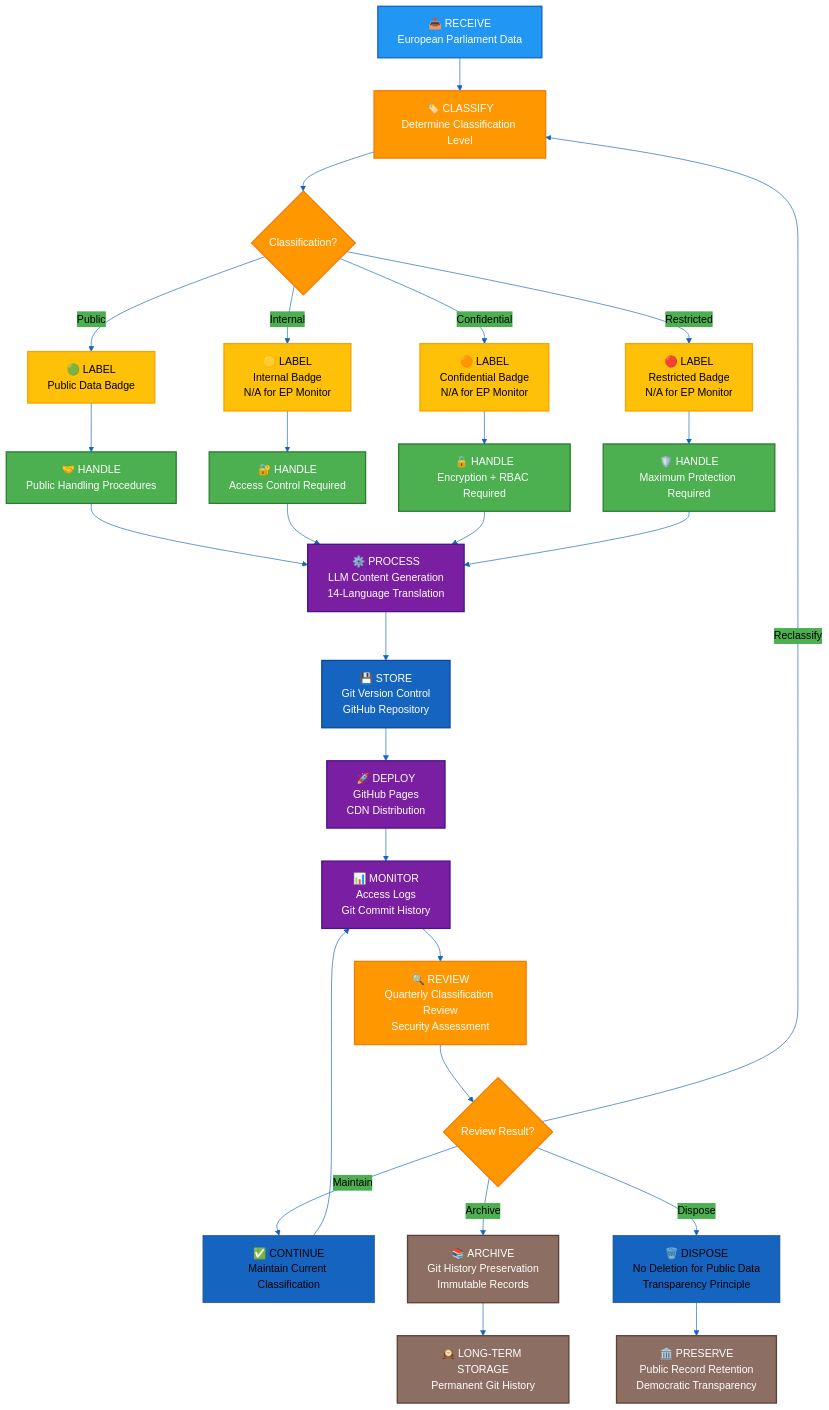
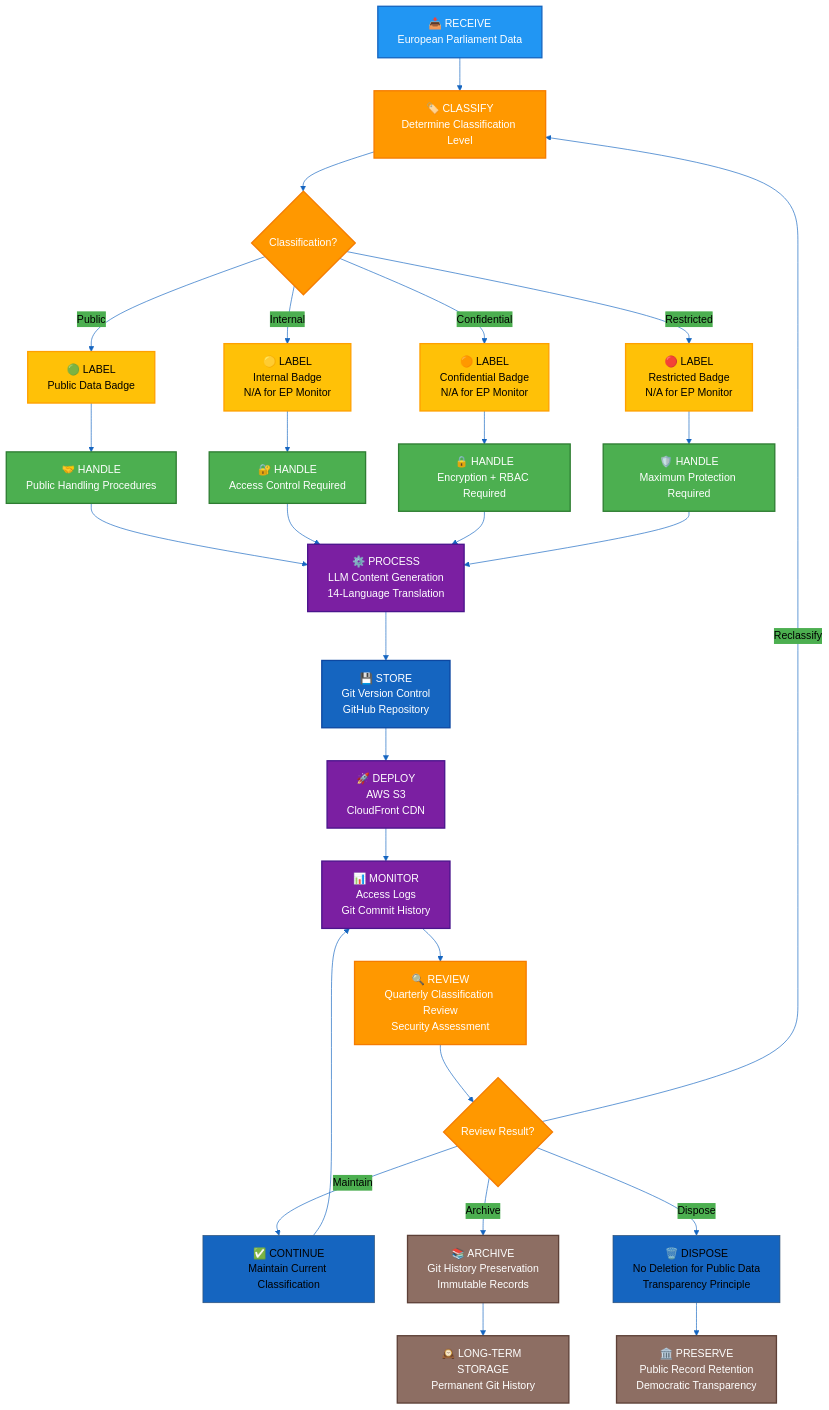
One commit to Hack23/euparliamentmonitor changed the fourth of 4 diagrams in CLASSIFICATION.md. Above: the diagram before and after it, drawn with Mermaid. The commit also changed other lines of this file, not shown here.

Commit message:
docs: fix infrastructure references from GitHub Pages/Cloudflare to AWS S3+CloudFront

````diff
--- a/CLASSIFICATION.md
+++ b/CLASSIFICATION.md
@@ -860,72 +860,72 @@
 ```mermaid
 %%{
   init: {
     'theme': 'base',
     'themeVariables': {
       'primaryColor': '#1565C0',
       'primaryTextColor': '#0D47A1',
       'lineColor': '#1565C0',
       'secondaryColor': '#4CAF50',
       'tertiaryColor': '#FF9800'
     }
   }
 }%%
 flowchart TB
     START[📥 RECEIVE<br/>European Parliament Data] --> CLASSIFY[🏷️ CLASSIFY<br/>Determine Classification Level]
     
     CLASSIFY --> CLASSIFY_DECISION{Classification?}
     
     CLASSIFY_DECISION -->|Public| LABEL_PUBLIC[🟢 LABEL<br/>Public Data Badge]
     CLASSIFY_DECISION -->|Internal| LABEL_INTERNAL[🟡 LABEL<br/>Internal Badge<br/>N/A for EP Monitor]
     CLASSIFY_DECISION -->|Confidential| LABEL_CONF[🟠 LABEL<br/>Confidential Badge<br/>N/A for EP Monitor]
     CLASSIFY_DECISION -->|Restricted| LABEL_REST[🔴 LABEL<br/>Restricted Badge<br/>N/A for EP Monitor]
     
     LABEL_PUBLIC --> HANDLE_PUBLIC[🤝 HANDLE<br/>Public Handling Procedures]
     LABEL_INTERNAL --> HANDLE_INTERNAL[🔐 HANDLE<br/>Access Control Required]
     LABEL_CONF --> HANDLE_CONF[🔒 HANDLE<br/>Encryption + RBAC Required]
     LABEL_REST --> HANDLE_REST[🛡️ HANDLE<br/>Maximum Protection Required]
     
     HANDLE_PUBLIC --> PROCESS[⚙️ PROCESS<br/>LLM Content Generation<br/>14-Language Translation]
     HANDLE_INTERNAL --> PROCESS
     HANDLE_CONF --> PROCESS
     HANDLE_REST --> PROCESS
     
     PROCESS --> STORE[💾 STORE<br/>Git Version Control<br/>GitHub Repository]
     
-    STORE --> DEPLOY[🚀 DEPLOY<br/>GitHub Pages<br/>CDN Distribution]
+    STORE --> DEPLOY[🚀 DEPLOY<br/>AWS S3<br/>CloudFront CDN]
     
     DEPLOY --> MONITOR[📊 MONITOR<br/>Access Logs<br/>Git Commit History]
     
     MONITOR --> REVIEW[🔍 REVIEW<br/>Quarterly Classification Review<br/>Security Assessment]
     
     REVIEW --> REVIEW_DECISION{Review Result?}
     
     REVIEW_DECISION -->|Reclassify| CLASSIFY
     REVIEW_DECISION -->|Maintain| CONTINUE[✅ CONTINUE<br/>Maintain Current Classification]
     REVIEW_DECISION -->|Archive| ARCHIVE[📚 ARCHIVE<br/>Git History Preservation<br/>Immutable Records]
     REVIEW_DECISION -->|Dispose| DISPOSE[🗑️ DISPOSE<br/>No Deletion for Public Data<br/>Transparency Principle]
     
     CONTINUE --> MONITOR
     ARCHIVE --> LONG_TERM[🕰️ LONG-TERM STORAGE<br/>Permanent Git History]
     DISPOSE --> PRESERVE[🏛️ PRESERVE<br/>Public Record Retention<br/>Democratic Transparency]
     
     classDef start fill:#2196F3,stroke:#1565C0,stroke-width:2px,color:#ffffff
     classDef classify fill:#FF9800,stroke:#F57C00,stroke-width:2px,color:#ffffff
     classDef label fill:#FFC107,stroke:#FFA000,stroke-width:2px,color:#000000
     classDef handle fill:#4CAF50,stroke:#2E7D32,stroke-width:2px,color:#ffffff
     classDef process fill:#7B1FA2,stroke:#4A148C,stroke-width:2px,color:#ffffff
     classDef store fill:#1565C0,stroke:#0D47A1,stroke-width:2px,color:#ffffff
     classDef decision fill:#FF9800,stroke:#F57C00,stroke-width:2px,color:#ffffff
     classDef archive fill:#8D6E63,stroke:#5D4037,stroke-width:2px,color:#ffffff
     classDef critical fill:#D32F2F,stroke:#B71C1C,stroke-width:2px,color:#ffffff
     
     class START start
     class CLASSIFY,REVIEW classify
     class CLASSIFY_DECISION,REVIEW_DECISION decision
     class LABEL_PUBLIC,LABEL_INTERNAL,LABEL_CONF,LABEL_REST label
     class HANDLE_PUBLIC,HANDLE_INTERNAL,HANDLE_CONF,HANDLE_REST handle
     class PROCESS,DEPLOY,MONITOR process
     class STORE store
     class ARCHIVE,LONG_TERM,PRESERVE archive
     class DISPOSE,CONTINUE success
 ```
````
